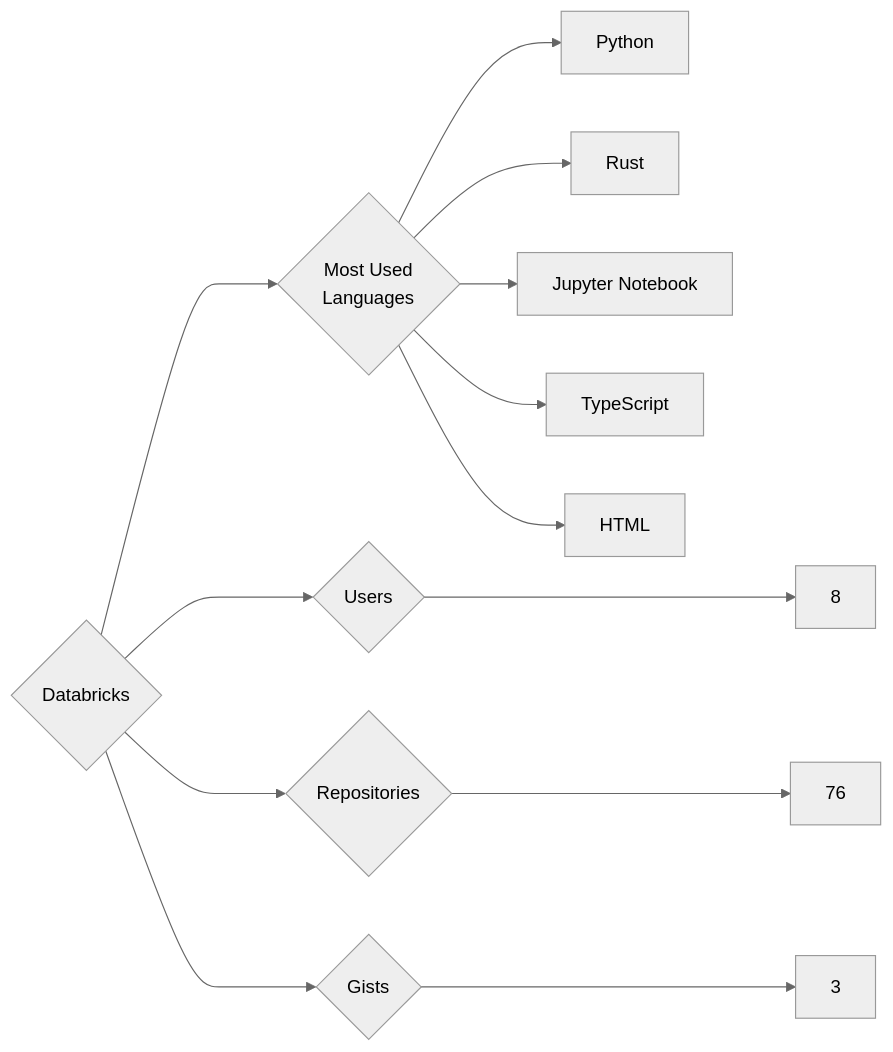
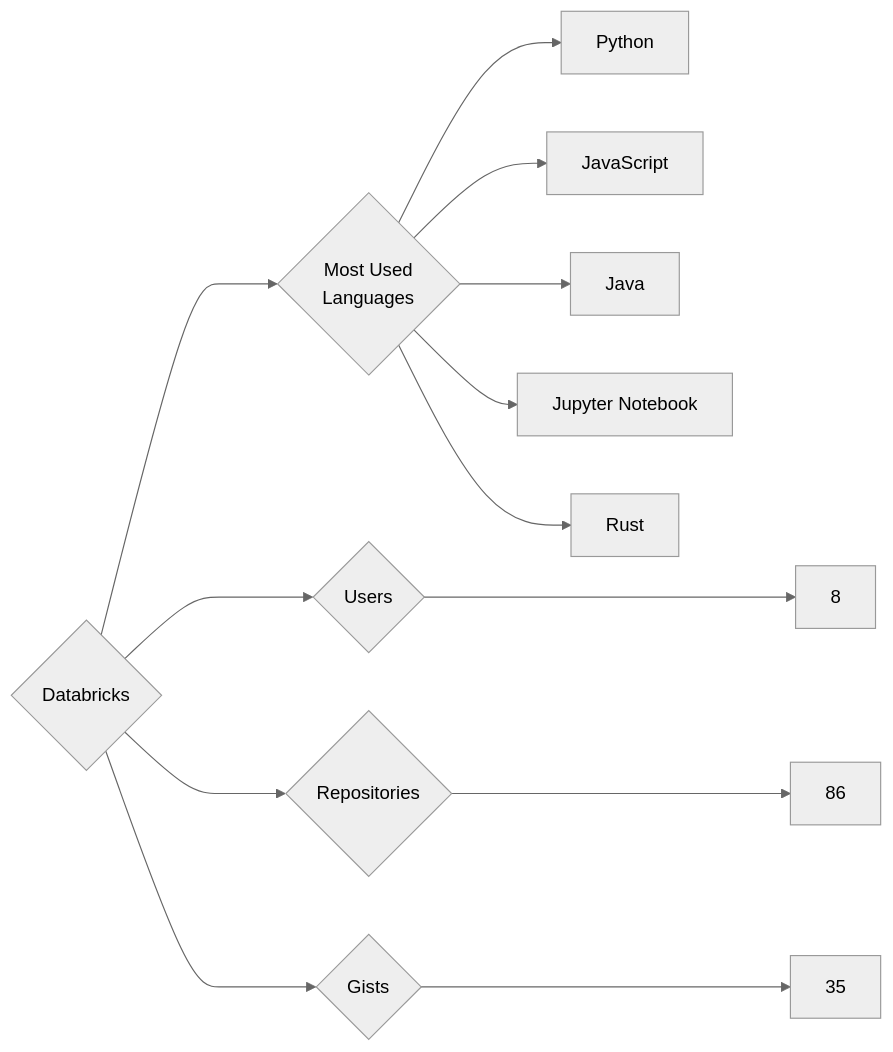
The diagram in targets/Databricks/README.md (trickest/insiders), drawn with Mermaid (neutral theme) before and after one commit. The commit also changed 1166 other files, not shown here.

````diff
--- a/targets/Databricks/README.md
+++ b/targets/Databricks/README.md
@@ -3,13 +3,13 @@
 ```mermaid
 graph LR
 COMPANY_NAME{Databricks}
 COMPANY_NAME ---> U{Users} ---> UN[8]
-COMPANY_NAME ---> R{Repositories} ---> RN[76]
-COMPANY_NAME ---> G{Gists} ---> GN[3]
+COMPANY_NAME ---> R{Repositories} ---> RN[86]
+COMPANY_NAME ---> G{Gists} ---> GN[35]
 COMPANY_NAME ---> ML{Most Used<br>Languages}
 ML --> Python[Python]
+ML --> JavaScript[JavaScript]
+ML --> Java[Java]
+ML --> Jupyter_Notebook[Jupyter Notebook]
 ML --> Rust[Rust]
-ML --> Jupyter_Notebook[Jupyter Notebook]
-ML --> TypeScript[TypeScript]
-ML --> HTML[HTML]
 ```
````
